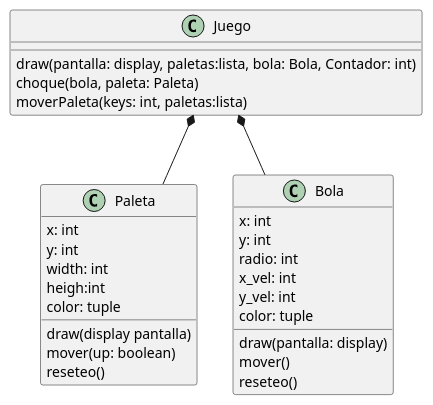
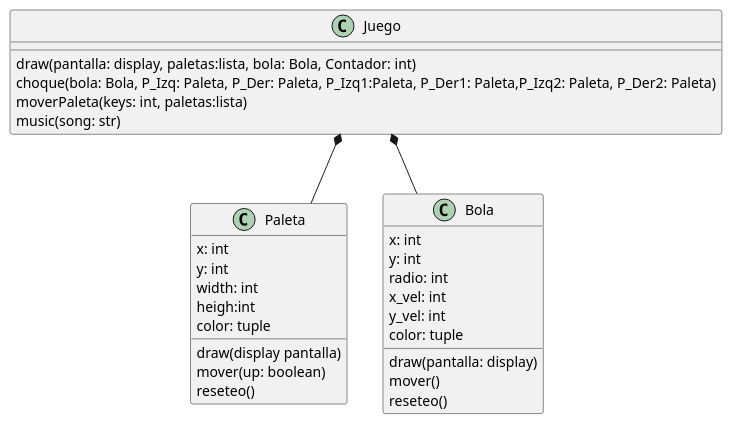
One commit to gdgalvis/oop_PF changed the diagram in UML.puml. Above: the diagram before and after it, drawn with PlantUML. The commit also changed 1 other file, not shown here.

```diff
--- a/UML.puml
+++ b/UML.puml
@@ -1,35 +1,36 @@
 @startuml
 class Paleta {
 x: int
 y: int
 width: int
 heigh:int
 color: tuple  
 draw(display pantalla)
 mover(up: boolean)
 reseteo()
 }
 
 class Bola {
 x: int
 y: int
 radio: int
 x_vel: int
 y_vel: int
 color: tuple 
 draw(pantalla: display)
 mover()
 reseteo()
 
 
 }
 
 class Juego {
 draw(pantalla: display, paletas:lista, bola: Bola, Contador: int)
-choque(bola, paleta: Paleta)
+choque(bola: Bola, P_Izq: Paleta, P_Der: Paleta, P_Izq1:Paleta, P_Der1: Paleta,P_Izq2: Paleta, P_Der2: Paleta)
 moverPaleta(keys: int, paletas:lista)
+music(song: str)
 }
 
 Juego *-- Bola
 Juego *-- Paleta
 @enduml
```
